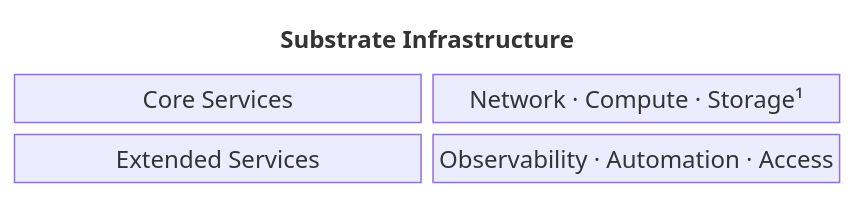
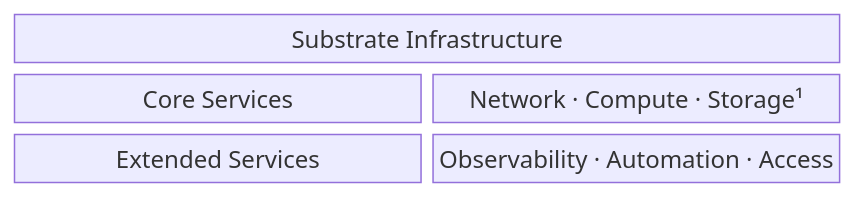
The diagram in content/docs/architecture/substrate/_index.md (deevnet/deevnet-docs), drawn with Mermaid before and after one commit.

Commit message:
Restore default tile color for substrate diagram header

```diff
--- a/content/docs/architecture/substrate/_index.md
+++ b/content/docs/architecture/substrate/_index.md
@@ -17,9 +17,7 @@
 {{< mermaid >}}
 block-beta
     columns 2
     hdr["Substrate Infrastructure"]:2
     core["Core Services"]:1 cored["Network · Compute · Storage¹"]:1
     ext["Extended Services"]:1 extd["Observability · Automation · Access"]:1
-    classDef header fill:transparent,stroke:none,font-weight:bold
-    class hdr header
 {{< /mermaid >}}
```
